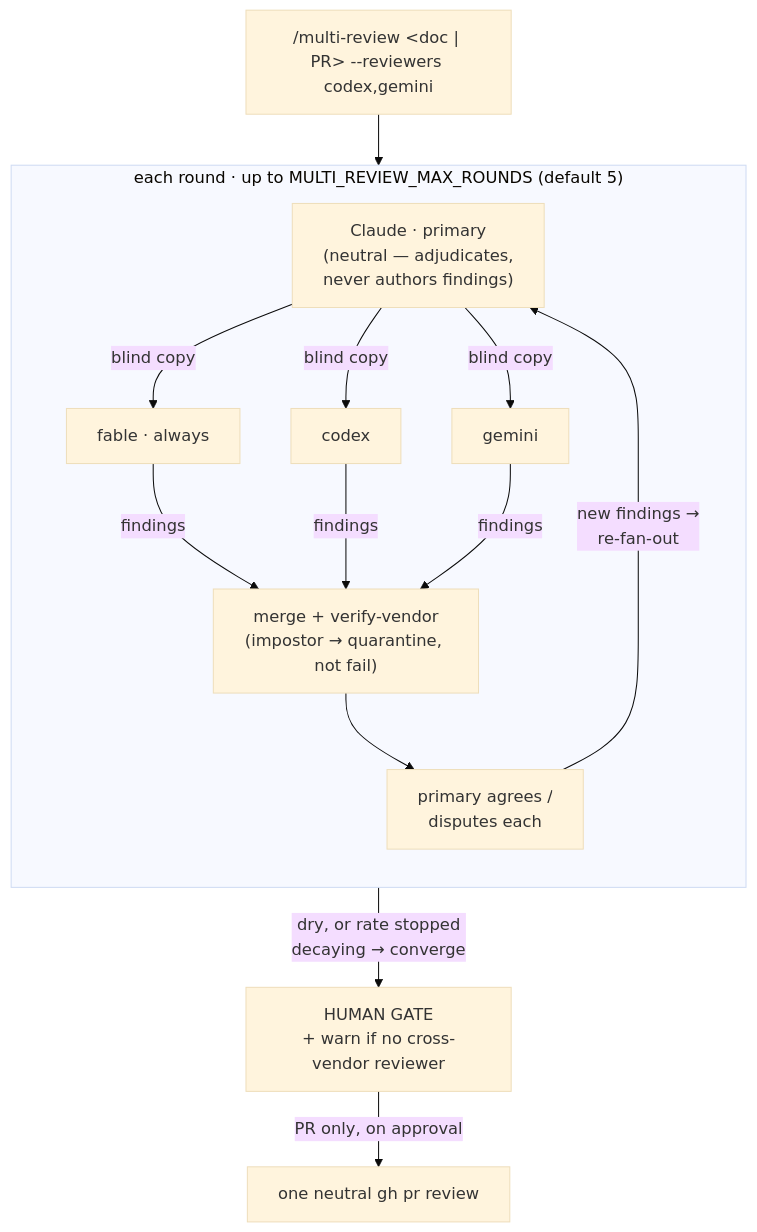
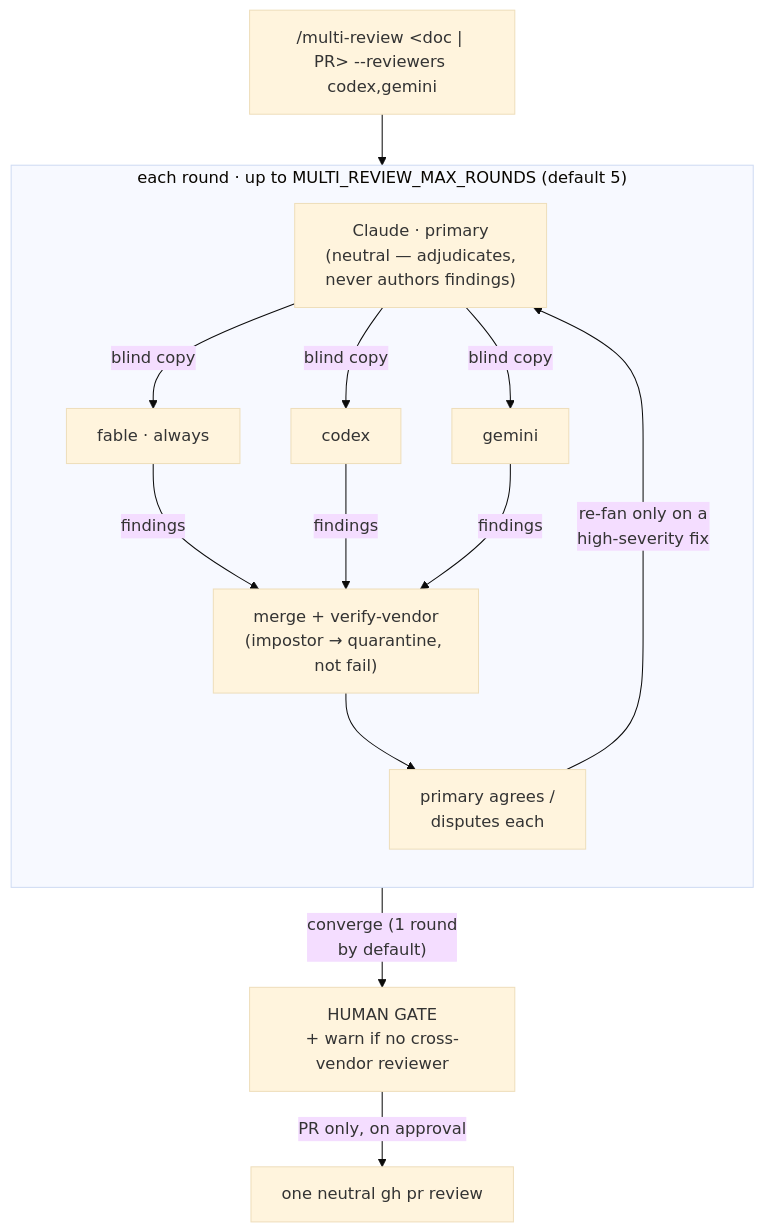
The diagram in README.md (agrology/multi-review), drawn with Mermaid (base theme) before and after one commit. The commit also changed 5 other files, not shown here.

First line of the commit message:
feat(protocol): one round by default, and adjudicate instead of rubber-stamping

````diff
--- a/README.md
+++ b/README.md
@@ -16,16 +16,16 @@
 ```mermaid
 flowchart TB
   A["/multi-review &lt;doc | PR&gt; --reviewers codex,gemini"] --> P
   subgraph R["each round · up to MULTI_REVIEW_MAX_ROUNDS (default 5)"]
     direction TB
     P["Claude · primary<br/>(neutral — adjudicates,<br/>never authors findings)"]
     P -- blind copy --> F["fable · always"]
     P -- blind copy --> C["codex"]
     P -- blind copy --> G["gemini"]
     F & C & G -- findings --> M["merge + verify-vendor<br/>(impostor → quarantine, not fail)"]
     M --> J["primary agrees /<br/>disputes each"]
-    J -- "new findings →<br/>re-fan-out" --> P
+    J -- "re-fan only on a<br/>high-severity fix" --> P
   end
-  J -- "dry, or rate stopped<br/>decaying → converge" --> H["HUMAN GATE<br/>+ warn if no cross-vendor reviewer"]
+  J -- "converge (1 round<br/>by default)" --> H["HUMAN GATE<br/>+ warn if no cross-vendor reviewer"]
   H -- "PR only, on approval" --> Pub["one neutral gh pr review"]
 ```
````
